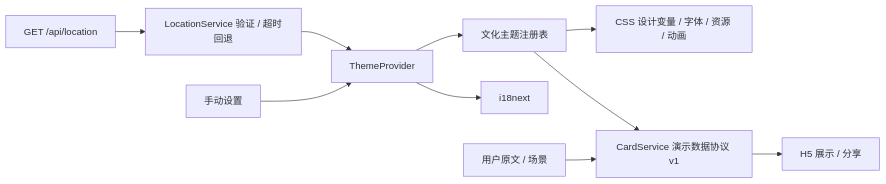
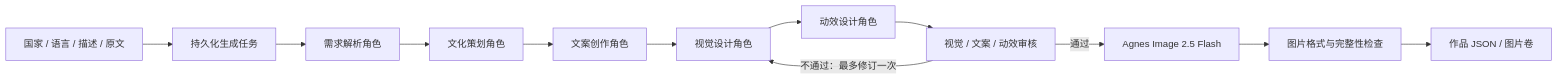
The diagram in docs/ARCHITECTURE.md (China6577/culture-greetings-web), drawn with Mermaid before and after one commit. The commit also changed other lines of this file and 72 other files, not shown here.

````diff
--- a/docs/ARCHITECTURE.md
+++ b/docs/ARCHITECTURE.md
@@ -5,12 +5,14 @@
 ```mermaid
 flowchart LR
-  API[GET /api/location] --> Location[LocationService 验证 / 超时回退]
-  Location --> Provider[ThemeProvider]
-  Settings[手动设置] --> Provider
-  Provider --> Registry[文化主题注册表]
-  Registry --> CSS[CSS 设计变量 / 字体 / 资源 / 动画]
-  Provider --> I18N[i18next]
-  Draft[用户原文 / 场景] --> Preview[CardService 演示数据协议 v1]
-  Registry --> Preview
-  Preview --> Viewer[H5 展示 / 分享]
+  UI[国家 / 语言 / 描述 / 原文] --> Job[持久化生成任务]
+  Job --> Planner[需求解析角色]
+  Planner --> Culture[文化策划角色]
+  Culture --> Copy[文案创作角色]
+  Copy --> Design[视觉设计角色]
+  Design --> Motion[动效设计角色]
+  Motion --> Review[视觉 / 文案 / 动效审核]
+  Review -->|不通过：最多修订一次| Design
+  Review -->|通过| Artist[Agnes Image 2.5 Flash]
+  Artist --> Validate[图片格式与完整性检查]
+  Validate --> Save[作品 JSON / 图片卷]
 ```
````
